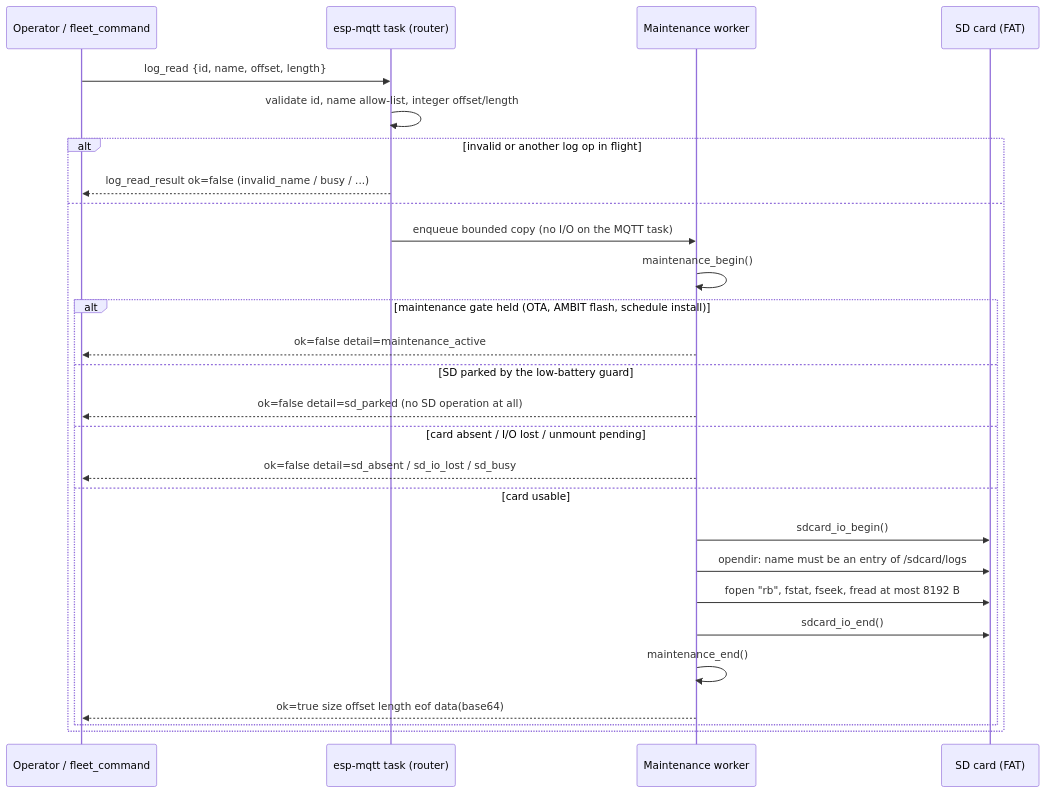
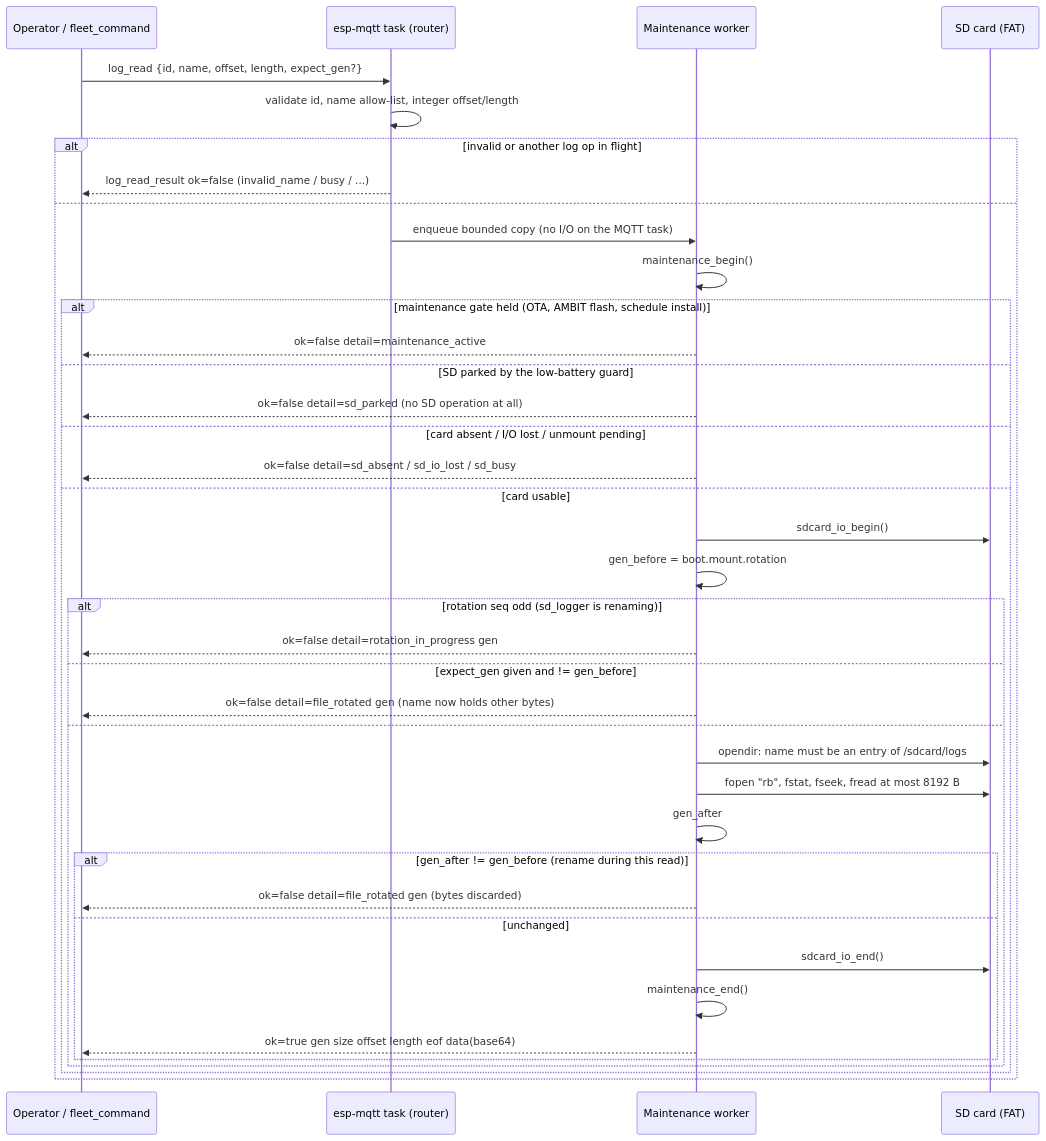
One commit to Jan-IngenHousz-Institute/ambyte-iot changed the third of 3 diagrams in docs/remote-diagnostics.md. Above: the diagram before and after it, drawn with Mermaid. The commit also changed other lines of this file and 1 other file, not shown here.

First line of the commit message:
docs(diagnostics): document gen, the allocation-free capture and the boot_count gap

````diff
--- a/docs/remote-diagnostics.md
+++ b/docs/remote-diagnostics.md
@@ -180,29 +231,41 @@
 ```mermaid
 sequenceDiagram
     participant O as Operator / fleet_command
     participant M as esp-mqtt task (router)
     participant W as Maintenance worker
     participant S as SD card (FAT)
-    O->>M: log_read {id, name, offset, length}
+    O->>M: log_read {id, name, offset, length, expect_gen?}
     M->>M: validate id, name allow-list, integer offset/length
     alt invalid or another log op in flight
         M-->>O: log_read_result ok=false (invalid_name / busy / ...)
     else
         M->>W: enqueue bounded copy (no I/O on the MQTT task)
         W->>W: maintenance_begin()
         alt maintenance gate held (OTA, AMBIT flash, schedule install)
             W-->>O: ok=false detail=maintenance_active
         else SD parked by the low-battery guard
             W-->>O: ok=false detail=sd_parked (no SD operation at all)
         else card absent / I/O lost / unmount pending
             W-->>O: ok=false detail=sd_absent / sd_io_lost / sd_busy
         else card usable
             W->>S: sdcard_io_begin()
-            W->>S: opendir: name must be an entry of /sdcard/logs
-            W->>S: fopen "rb", fstat, fseek, fread at most 8192 B
-            W->>S: sdcard_io_end()
-            W->>W: maintenance_end()
-            W-->>O: ok=true size offset length eof data(base64)
+            W->>W: gen_before = boot.mount.rotation
+            alt rotation seq odd (sd_logger is renaming)
+                W-->>O: ok=false detail=rotation_in_progress gen
+            else expect_gen given and != gen_before
+                W-->>O: ok=false detail=file_rotated gen (name now holds other bytes)
+            else
+                W->>S: opendir: name must be an entry of /sdcard/logs
+                W->>S: fopen "rb", fstat, fseek, fread at most 8192 B
+                W->>W: gen_after
+                alt gen_after != gen_before (rename during this read)
+                    W-->>O: ok=false detail=file_rotated gen (bytes discarded)
+                else unchanged
+                    W->>S: sdcard_io_end()
+                    W->>W: maintenance_end()
+                    W-->>O: ok=true gen size offset length eof data(base64)
+                end
+            end
         end
     end
 ```
````
